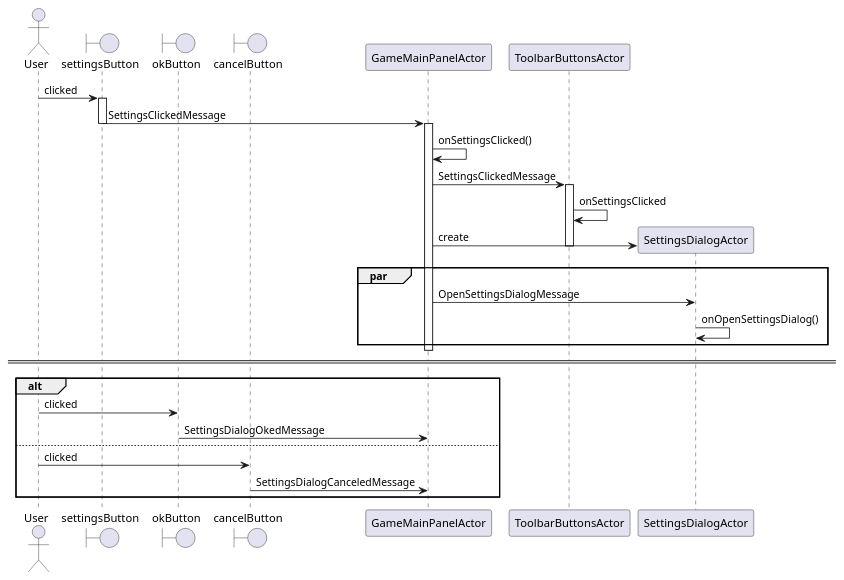
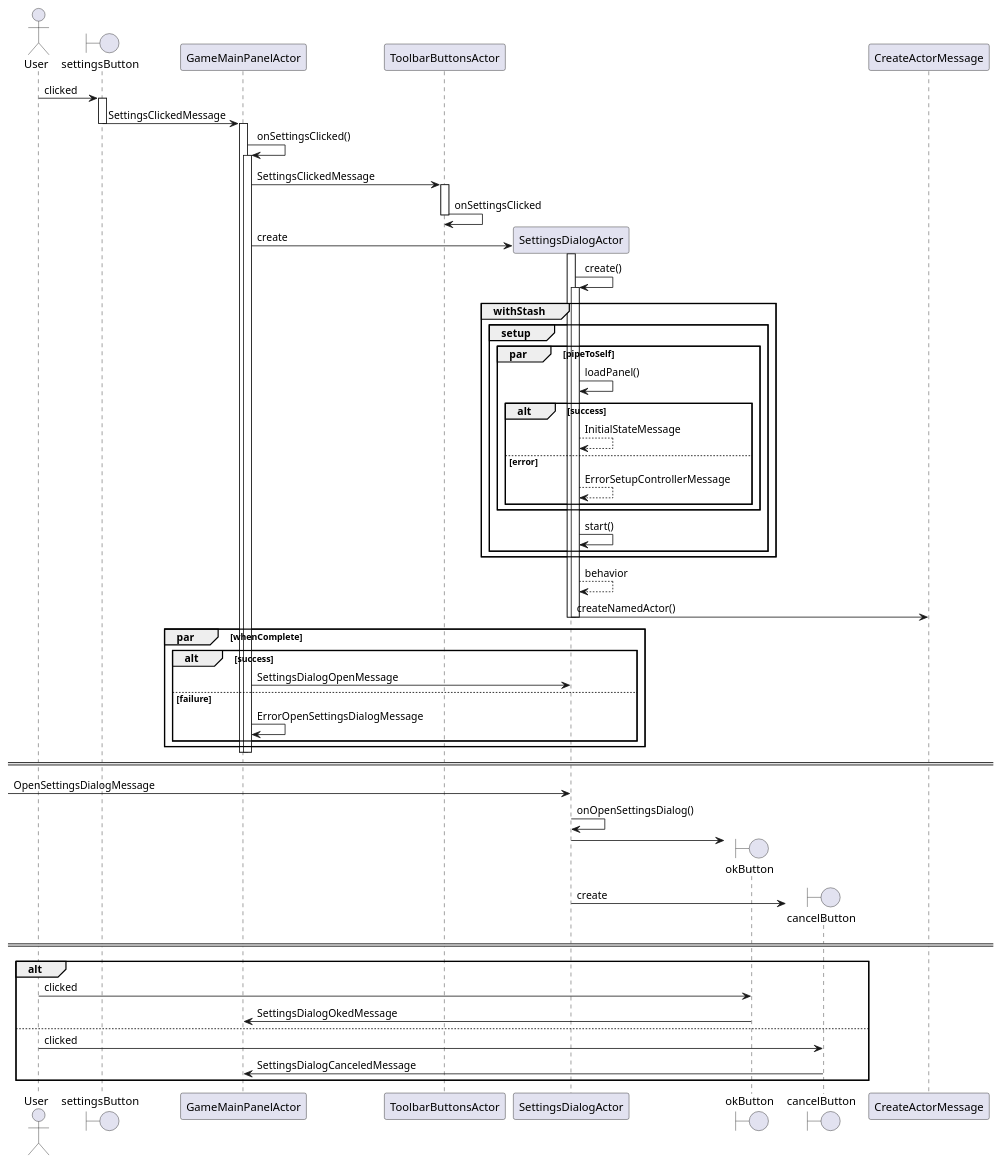
Before and after one commit to devent/anl-opencl: the diagram in anlopencl-doc/uml/activity_diagram_open_settings_dialog.plantuml, drawn with PlantUML. The commit also changed 17 other files, not shown here.

Commit message:
Feature #4608 Add settings dialog

```diff
--- a/anlopencl-doc/uml/activity_diagram_open_settings_dialog.plantuml
+++ b/anlopencl-doc/uml/activity_diagram_open_settings_dialog.plantuml
@@ -1,44 +1,79 @@
 @startuml
 actor User
 boundary settingsButton
-boundary okButton
-boundary cancelButton
 participant GameMainPanelActor as gmpActor
 participant ToolbarButtonsActor as tbActor
 participant SettingsDialogActor as sdActor
+boundary okButton
+boundary cancelButton
 
 User -> settingsButton : clicked
 activate settingsButton
 settingsButton -> gmpActor : SettingsClickedMessage
 deactivate settingsButton
-
 activate gmpActor
 gmpActor -> gmpActor : onSettingsClicked()
+activate gmpActor
 gmpActor -> tbActor : SettingsClickedMessage
 
 activate tbActor
 tbActor -> tbActor : onSettingsClicked
+deactivate tbActor
+
 create sdActor
 gmpActor -> sdActor : create
-deactivate tbActor
+activate sdActor
+sdActor -> sdActor : create()
+activate sdActor
+group withStash
+	group setup
+		par pipeToSelf
+			sdActor -> sdActor : loadPanel()
+			alt success
+				sdActor --> sdActor : InitialStateMessage
+				else error
+				sdActor --> sdActor : ErrorSetupControllerMessage
+			end 'alt
+		end 'par
+		sdActor -> sdActor : start()
+	end 'setup
+end 'withStash
+sdActor --> sdActor : behavior
+sdActor -> CreateActorMessage : createNamedActor()
+deactivate sdActor
+deactivate sdActor
 
-par
-gmpActor -> sdActor : OpenSettingsDialogMessage
+par whenComplete
+alt success
+gmpActor -> sdActor : SettingsDialogOpenMessage
+else failure
+gmpActor -> gmpActor : ErrorOpenSettingsDialogMessage
+end
+end
+deactivate gmpActor
+deactivate gmpActor
+
+== ==
+
+-> sdActor : OpenSettingsDialogMessage
 sdActor -> sdActor : onOpenSettingsDialog()
-end
+create okButton
+sdActor -> okButton
+create cancelButton
+sdActor -> cancelButton : create
 
 deactivate gmpActor
 
 == ==
 
 alt
 User -> okButton : clicked
 okButton -> gmpActor : SettingsDialogOkedMessage
 
 else
 
 User -> cancelButton : clicked
 cancelButton -> gmpActor : SettingsDialogCanceledMessage
 end
 
 @enduml
```
